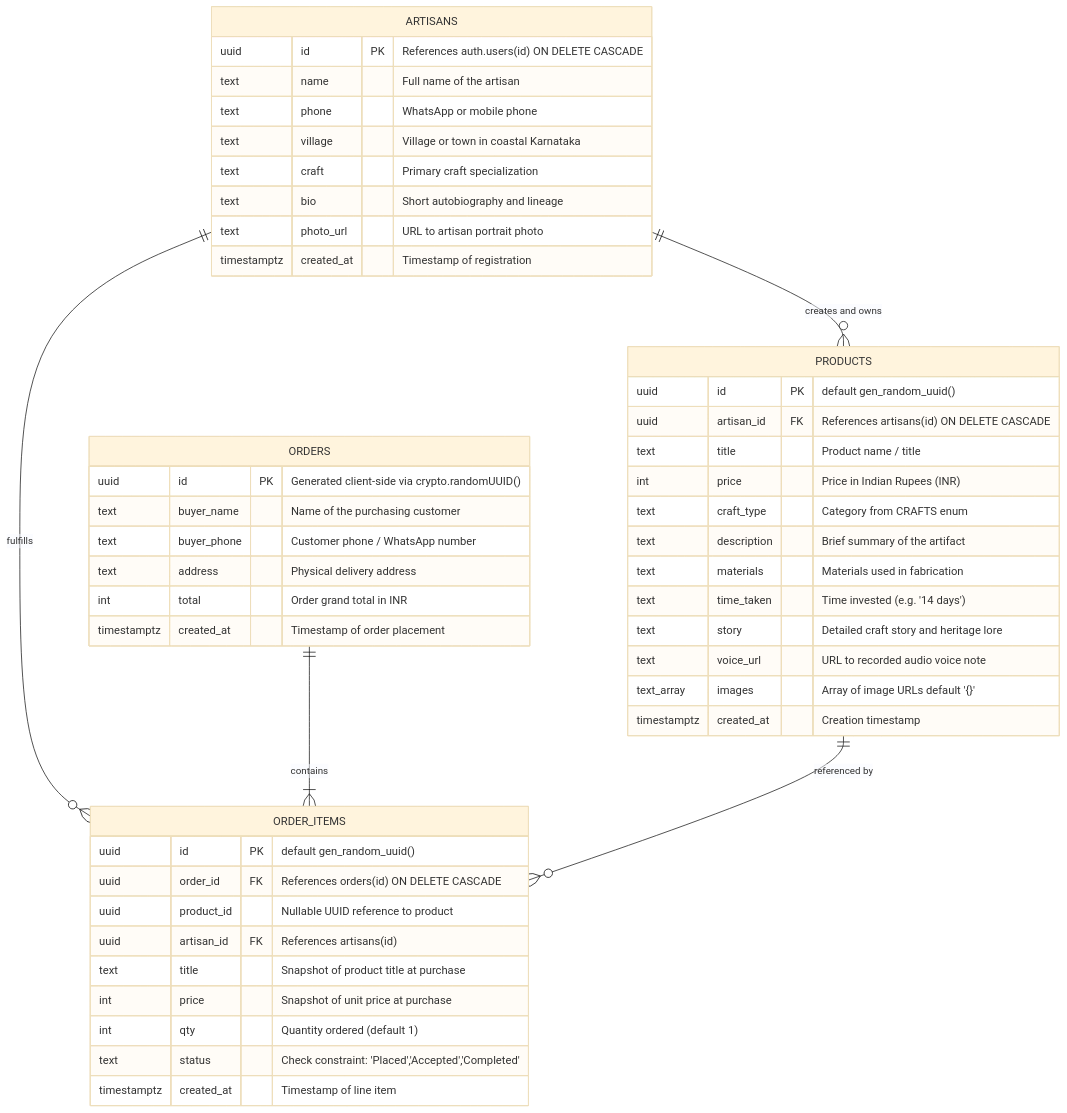
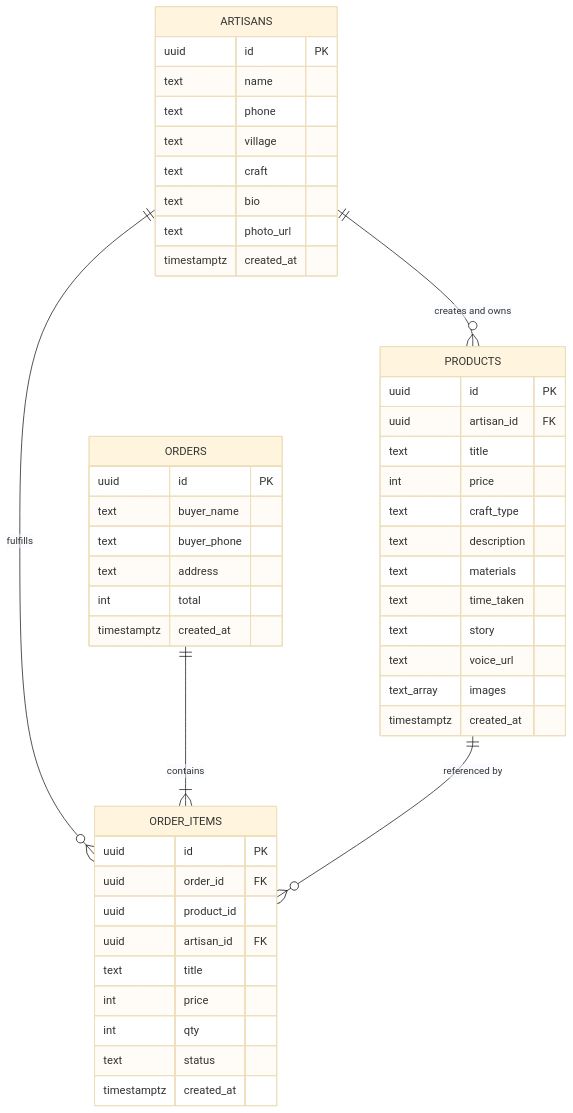
Diagram 11 of 11 in README.md (maheshwaraks13/KaustiKart), drawn with Mermaid (base theme) before and after one commit. The commit also changed other lines of this file, not shown here.

Commit message:
fix: sanitize Mermaid diagram labels and syntax for GitHub renderer

````diff
--- a/README.md
+++ b/README.md
@@ -522,54 +522,54 @@
 ```mermaid
 erDiagram
     ARTISANS ||--o{ PRODUCTS : "creates and owns"
     ARTISANS ||--o{ ORDER_ITEMS : "fulfills"
     ORDERS ||--|{ ORDER_ITEMS : "contains"
     PRODUCTS ||--o{ ORDER_ITEMS : "referenced by"
 
     ARTISANS {
-        uuid id PK "References auth.users(id) ON DELETE CASCADE"
-        text name "Full name of the artisan"
-        text phone "WhatsApp or mobile phone"
-        text village "Village or town in coastal Karnataka"
-        text craft "Primary craft specialization"
-        text bio "Short autobiography and lineage"
-        text photo_url "URL to artisan portrait photo"
-        timestamptz created_at "Timestamp of registration"
+        uuid id PK
+        text name
+        text phone
+        text village
+        text craft
+        text bio
+        text photo_url
+        timestamptz created_at
     }
 
     PRODUCTS {
-        uuid id PK "default gen_random_uuid()"
-        uuid artisan_id FK "References artisans(id) ON DELETE CASCADE"
-        text title "Product name / title"
-        int price "Price in Indian Rupees (INR)"
-        text craft_type "Category from CRAFTS enum"
-        text description "Brief summary of the artifact"
-        text materials "Materials used in fabrication"
-        text time_taken "Time invested (e.g. '14 days')"
-        text story "Detailed craft story and heritage lore"
-        text voice_url "URL to recorded audio voice note"
-        text_array images "Array of image URLs default '{}'"
-        timestamptz created_at "Creation timestamp"
+        uuid id PK
+        uuid artisan_id FK
+        text title
+        int price
+        text craft_type
+        text description
+        text materials
+        text time_taken
+        text story
+        text voice_url
+        text_array images
+        timestamptz created_at
     }
 
     ORDERS {
-        uuid id PK "Generated client-side via crypto.randomUUID()"
-        text buyer_name "Name of the purchasing customer"
-        text buyer_phone "Customer phone / WhatsApp number"
-        text address "Physical delivery address"
-        int total "Order grand total in INR"
-        timestamptz created_at "Timestamp of order placement"
+        uuid id PK
+        text buyer_name
+        text buyer_phone
+        text address
+        int total
+        timestamptz created_at
     }
 
     ORDER_ITEMS {
-        uuid id PK "default gen_random_uuid()"
-        uuid order_id FK "References orders(id) ON DELETE CASCADE"
-        uuid product_id "Nullable UUID reference to product"
-        uuid artisan_id FK "References artisans(id)"
-        text title "Snapshot of product title at purchase"
-        int price "Snapshot of unit price at purchase"
-        int qty "Quantity ordered (default 1)"
-        text status "Check constraint: 'Placed','Accepted','Completed'"
-        timestamptz created_at "Timestamp of line item"
+        uuid id PK
+        uuid order_id FK
+        uuid product_id
+        uuid artisan_id FK
+        text title
+        int price
+        int qty
+        text status
+        timestamptz created_at
     }
 ```
````
